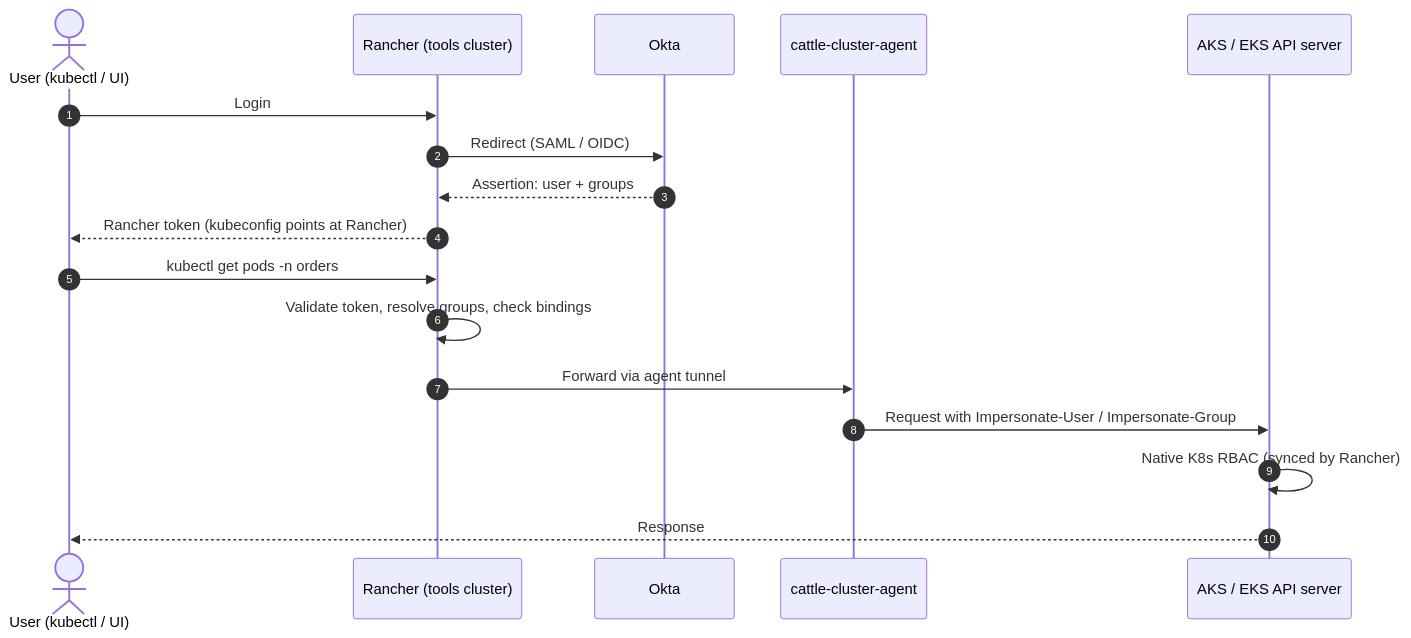
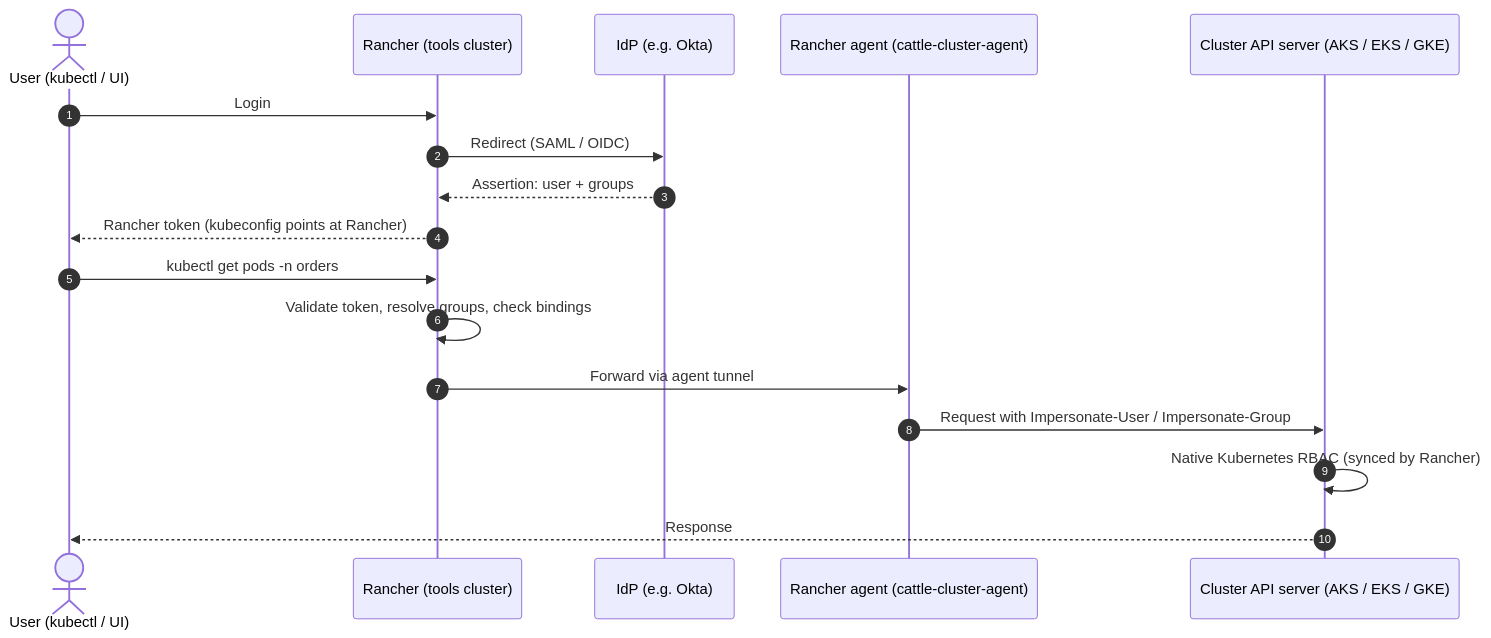
One commit to imkrupakar/imkrupakar.github.io changed the first of 2 diagrams in _posts/2026-11-13-multi-cloud-rbac-rancher.md. Above: the diagram before and after it, drawn with Mermaid. The commit also changed other lines of this file, not shown here.

Commit message:
Make RBAC post provider- and IdP-agnostic, clarify terms for new readers

````diff
--- a/_posts/2026-11-13-multi-cloud-rbac-rancher.md
+++ b/_posts/2026-11-13-multi-cloud-rbac-rancher.md
@@ -66,20 +79,20 @@
 ```mermaid
 sequenceDiagram
     autonumber
     actor U as User (kubectl / UI)
     participant R as Rancher (tools cluster)
-    participant O as Okta
-    participant A as cattle-cluster-agent
-    participant K as AKS / EKS API server
+    participant O as IdP (e.g. Okta)
+    participant A as Rancher agent (cattle-cluster-agent)
+    participant K as Cluster API server (AKS / EKS / GKE)
 
     U->>R: Login
     R->>O: Redirect (SAML / OIDC)
     O-->>R: Assertion: user + groups
     R-->>U: Rancher token (kubeconfig points at Rancher)
     U->>R: kubectl get pods -n orders
     R->>R: Validate token, resolve groups, check bindings
     R->>A: Forward via agent tunnel
     A->>K: Request with Impersonate-User / Impersonate-Group
-    K->>K: Native K8s RBAC (synced by Rancher)
+    K->>K: Native Kubernetes RBAC (synced by Rancher)
     K-->>U: Response
 ```
````
